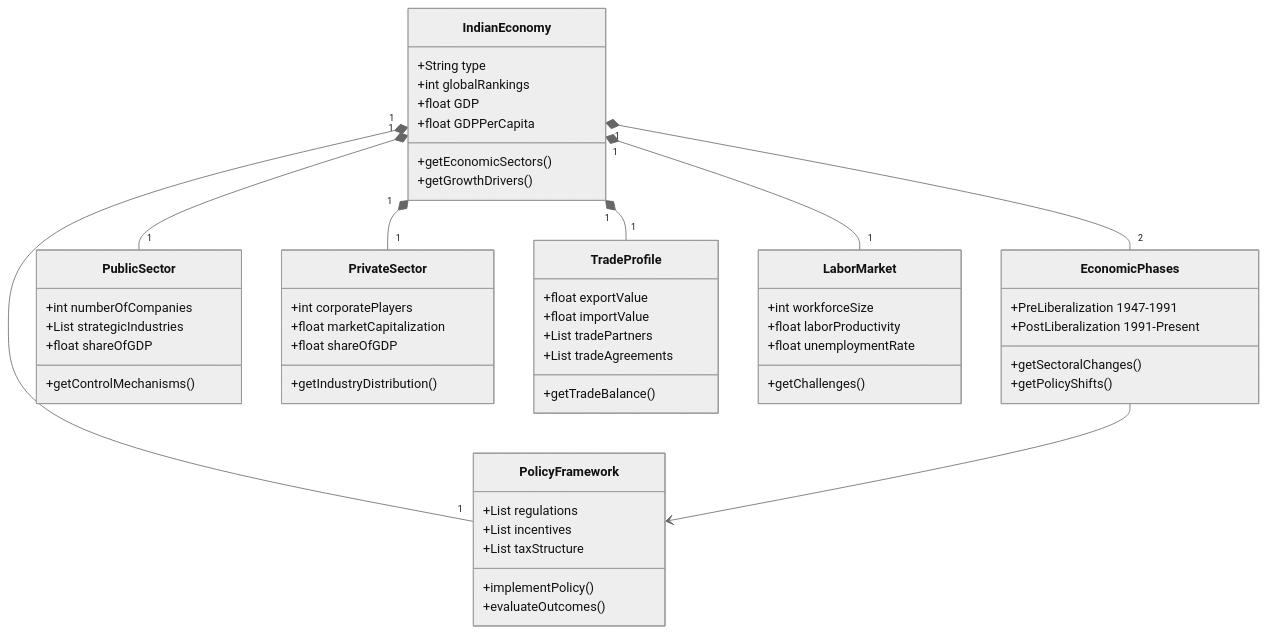
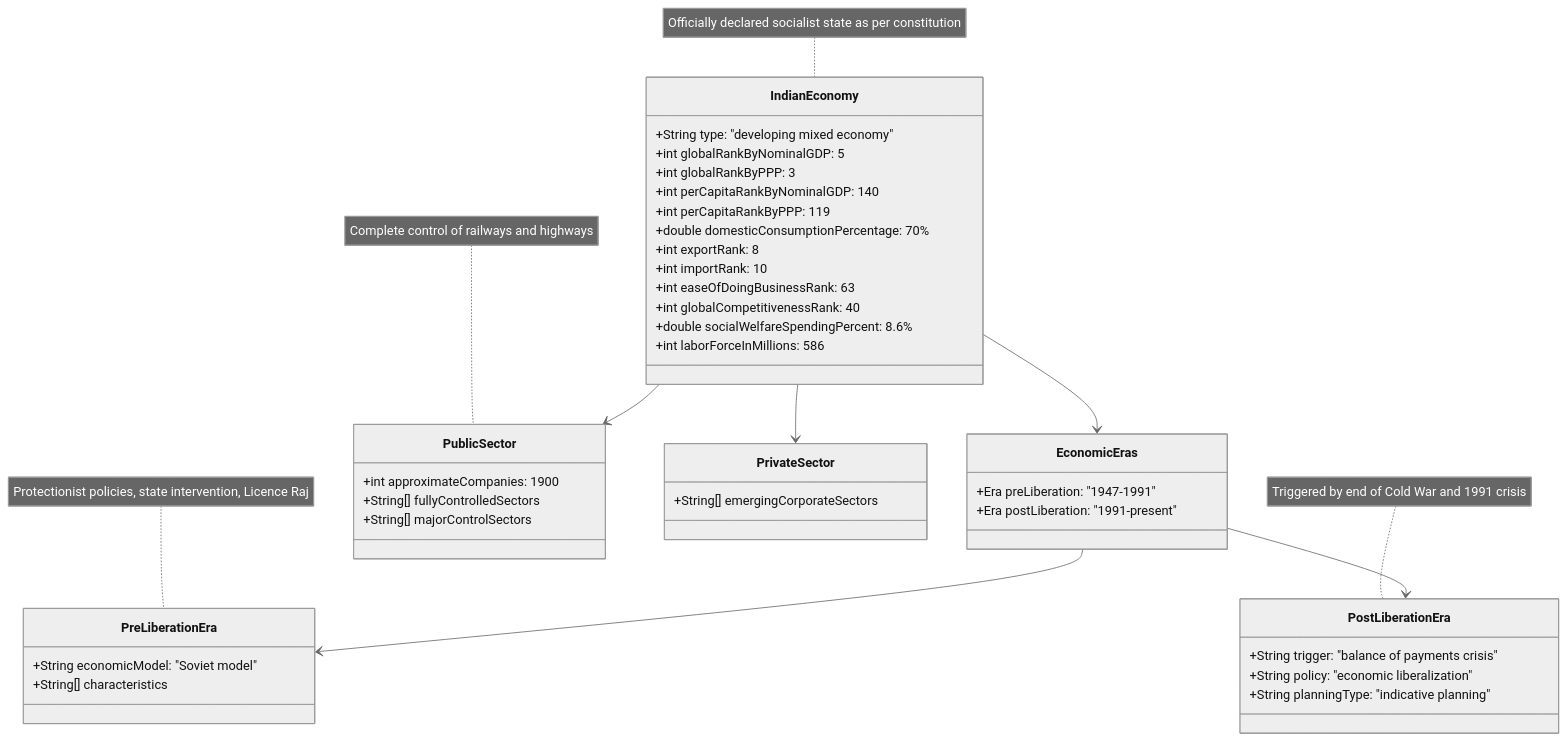
One commit to isauravmanitripathi/Animate-Mermaid-Chart changed the diagram in temp-charts/mmd-images/image_7.mmd. Above: the diagram before and after it, drawn with Mermaid (neutral theme). The commit also changed 15 other files, not shown here.

```diff
--- a/temp-charts/mmd-images/image_7.mmd
+++ b/temp-charts/mmd-images/image_7.mmd
@@ -1,61 +1,51 @@
 classDiagram
     class IndianEconomy {
-        +String type
-        +int globalRankings
-        +float GDP
-        +float GDPPerCapita
-        +getEconomicSectors()
-        +getGrowthDrivers()
+        +String type: "developing mixed economy"
+        +int globalRankByNominalGDP: 5
+        +int globalRankByPPP: 3
+        +int perCapitaRankByNominalGDP: 140
+        +int perCapitaRankByPPP: 119
+        +double domesticConsumptionPercentage: 70%
+        +int exportRank: 8
+        +int importRank: 10
+        +int easeOfDoingBusinessRank: 63
+        +int globalCompetitivenessRank: 40
+        +double socialWelfareSpendingPercent: 8.6%
+        +int laborForceInMillions: 586
     }
-    
-    class EconomicPhases {
-        +PreLiberalization 1947-1991
-        +PostLiberalization 1991-Present
-        +getSectoralChanges()
-        +getPolicyShifts()
+    note for IndianEconomy "Officially declared socialist state as per constitution"
+
+    class EconomicEras {
+        +Era preLiberation: "1947-1991"
+        +Era postLiberation: "1991-present"
     }
-    
-    class PolicyFramework {
-        +List regulations
-        +List incentives
-        +List taxStructure
-        +implementPolicy()
-        +evaluateOutcomes()
+
+    class PreLiberationEra {
+        +String economicModel: "Soviet model"
+        +String[] characteristics
     }
-    
+    note for PreLiberationEra "Protectionist policies, state intervention, Licence Raj"
+
+    class PostLiberationEra {
+        +String trigger: "balance of payments crisis"
+        +String policy: "economic liberalization"
+        +String planningType: "indicative planning"
+    }
+    note for PostLiberationEra "Triggered by end of Cold War and 1991 crisis"
+
     class PublicSector {
-        +int numberOfCompanies
-        +List strategicIndustries
-        +float shareOfGDP
-        +getControlMechanisms()
+        +int approximateCompanies: 1900
+        +String[] fullyControlledSectors
+        +String[] majorControlSectors
     }
-    
+    note for PublicSector "Complete control of railways and highways"
+
     class PrivateSector {
-        +int corporatePlayers
-        +float marketCapitalization
-        +float shareOfGDP
-        +getIndustryDistribution()
+        +String[] emergingCorporateSectors
     }
-    
-    class TradeProfile {
-        +float exportValue
-        +float importValue
-        +List tradePartners
-        +List tradeAgreements
-        +getTradeBalance()
-    }
-    
-    class LaborMarket {
-        +int workforceSize
-        +float laborProductivity
-        +float unemploymentRate
-        +getChallenges()
-    }
-    
-    IndianEconomy "1" *-- "2" EconomicPhases
-    IndianEconomy "1" *-- "1" PolicyFramework
-    IndianEconomy "1" *-- "1" PublicSector
-    IndianEconomy "1" *-- "1" PrivateSector
-    IndianEconomy "1" *-- "1" TradeProfile
-    IndianEconomy "1" *-- "1" LaborMarket
-    EconomicPhases --> PolicyFramework
+
+    IndianEconomy --> EconomicEras
+    EconomicEras --> PreLiberationEra
+    EconomicEras --> PostLiberationEra
+    IndianEconomy --> PublicSector
+    IndianEconomy --> PrivateSector
```
